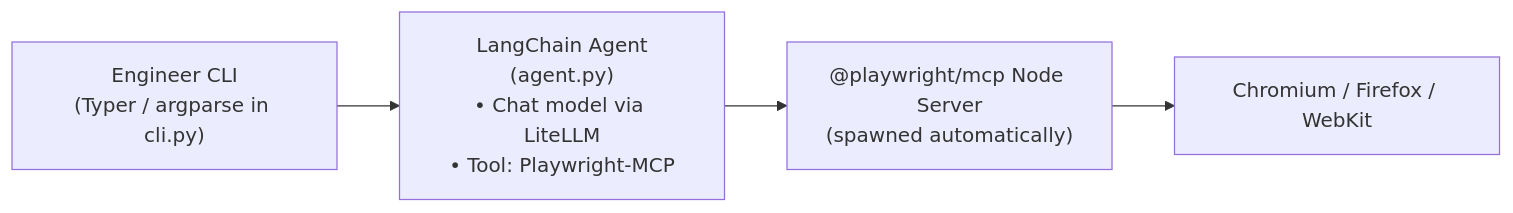
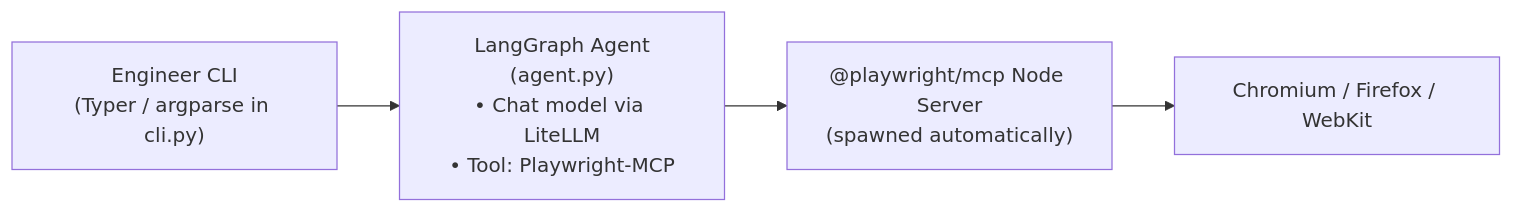
The diagram in PRD.adoc (leoch95/playwright-browser-agent), drawn with Mermaid before and after one commit. The commit also changed other lines of this file and 4 other files, not shown here.

First line of the commit message:
docs: update references from LangChain to LangGraph

```diff
--- a/PRD.adoc
+++ b/PRD.adoc
@@ -113,7 +113,7 @@
 [mermaid]
 ----
 graph LR
-  CLI["Engineer CLI<br/>(Typer / argparse in cli.py)"] --> Agent["LangChain Agent<br/>(agent.py)<br/>• Chat model via LiteLLM<br/>• Tool: Playwright-MCP"]
+  CLI["Engineer CLI<br/>(Typer / argparse in cli.py)"] --> Agent["LangGraph Agent<br/>(agent.py)<br/>• Chat model via LiteLLM<br/>• Tool: Playwright-MCP"]
   Agent --> Node["@playwright/mcp Node Server<br/>(spawned automatically)"]
   Node --> Browser["Chromium / Firefox / WebKit"]
 ----
```
